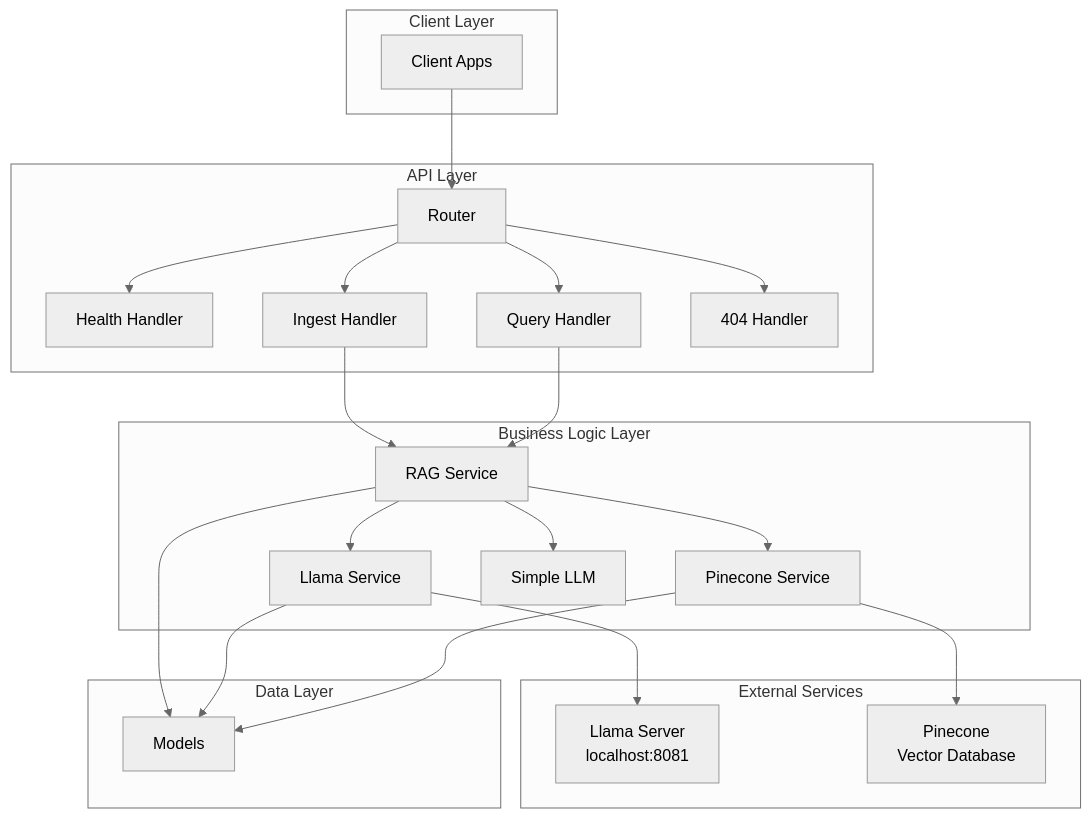
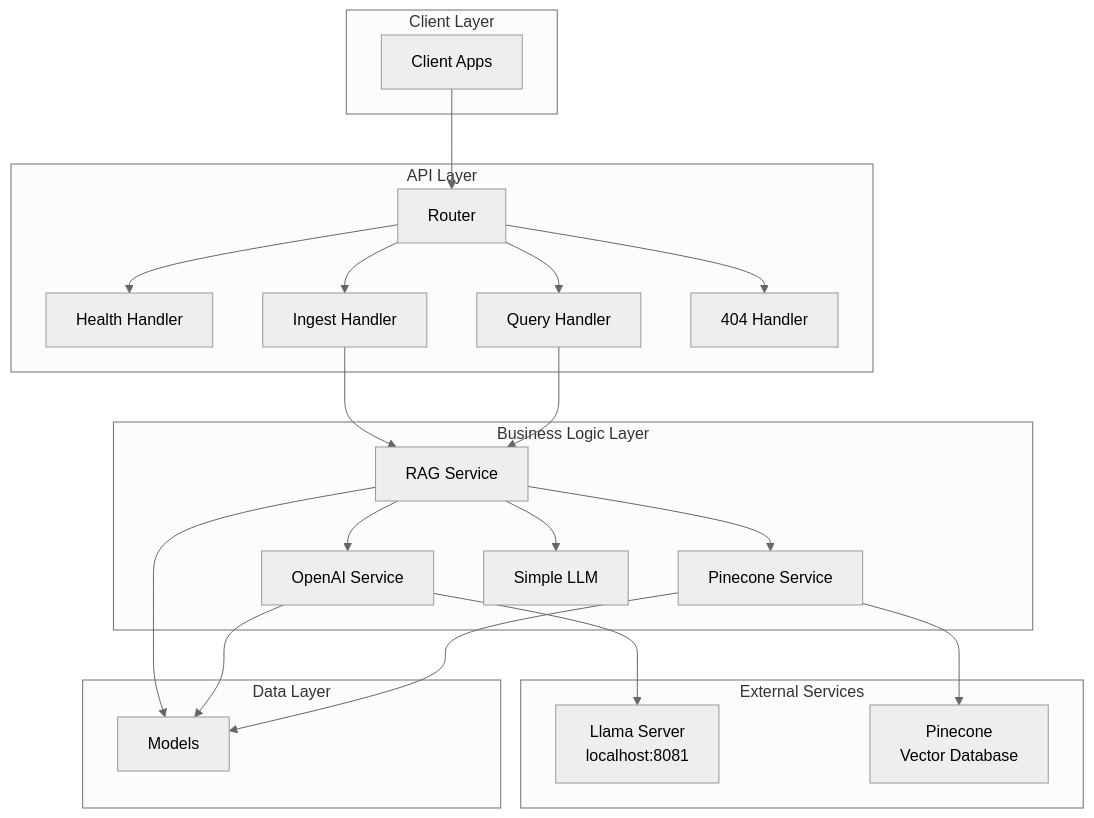
Before and after one commit to umangsingh123/simple-rag: the diagram in README.md, drawn with Mermaid (neutral theme).

Commit message:
Updated the README file

````diff
--- a/README.md
+++ b/README.md
@@ -7,54 +7,54 @@
 ```mermaid
 
 
 
 graph TB
     subgraph "Client Layer"
         C[Client Apps]
     end
   
     subgraph "API Layer"
         R[Router]
         H1[Health Handler]
         H2[Ingest Handler]
         H3[Query Handler]
         H4[404 Handler]
     end
   
     subgraph "Business Logic Layer"
         RS[RAG Service]
-        LS[Llama Service]
+        LS[OpenAI Service]
         PS[Pinecone Service]
         LLM[Simple LLM]
     end
   
     subgraph "External Services"
         L[Llama Server<br/>localhost:8081]
         P[Pinecone<br/>Vector Database]
     end
   
     subgraph "Data Layer"
         M[Models]
     end
   
     C --> R
     R --> H1
     R --> H2
     R --> H3
     R --> H4
   
     H2 --> RS
     H3 --> RS
   
     RS --> LS
     RS --> PS
     RS --> LLM
   
     LS --> L
     PS --> P
   
     RS --> M
     LS --> M
     PS --> M
 
 ```
````
